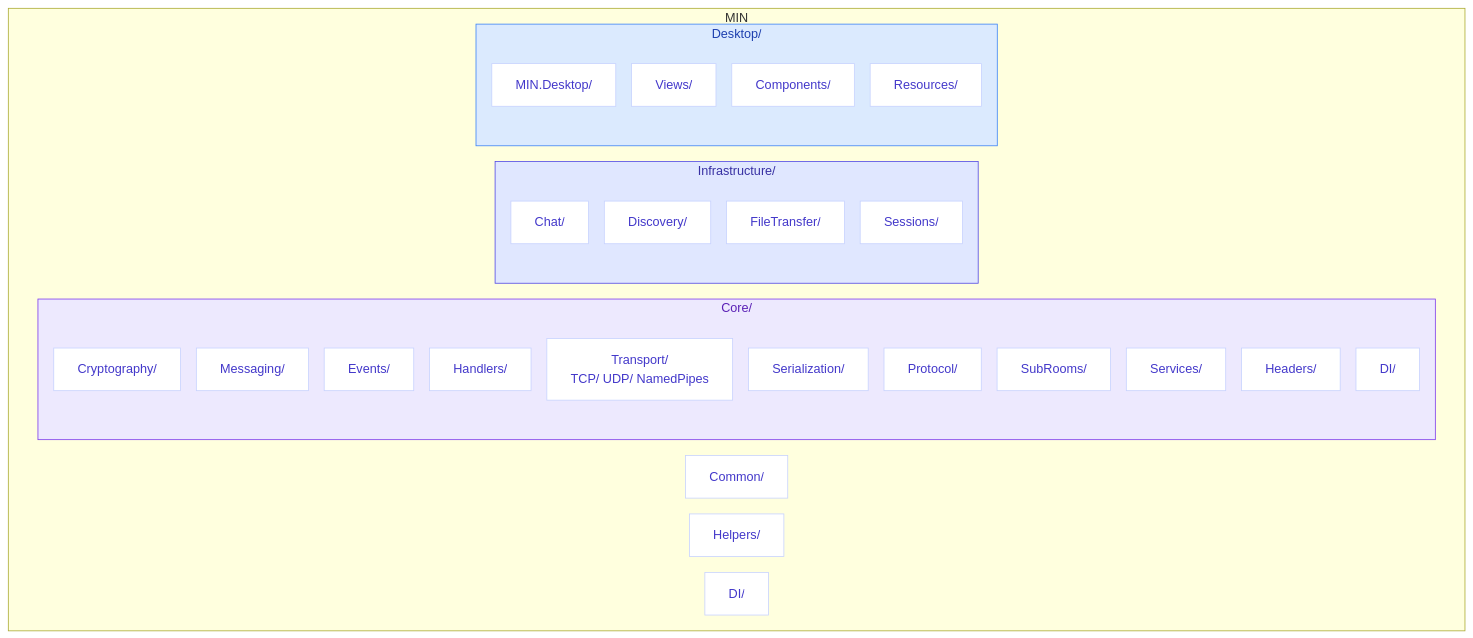
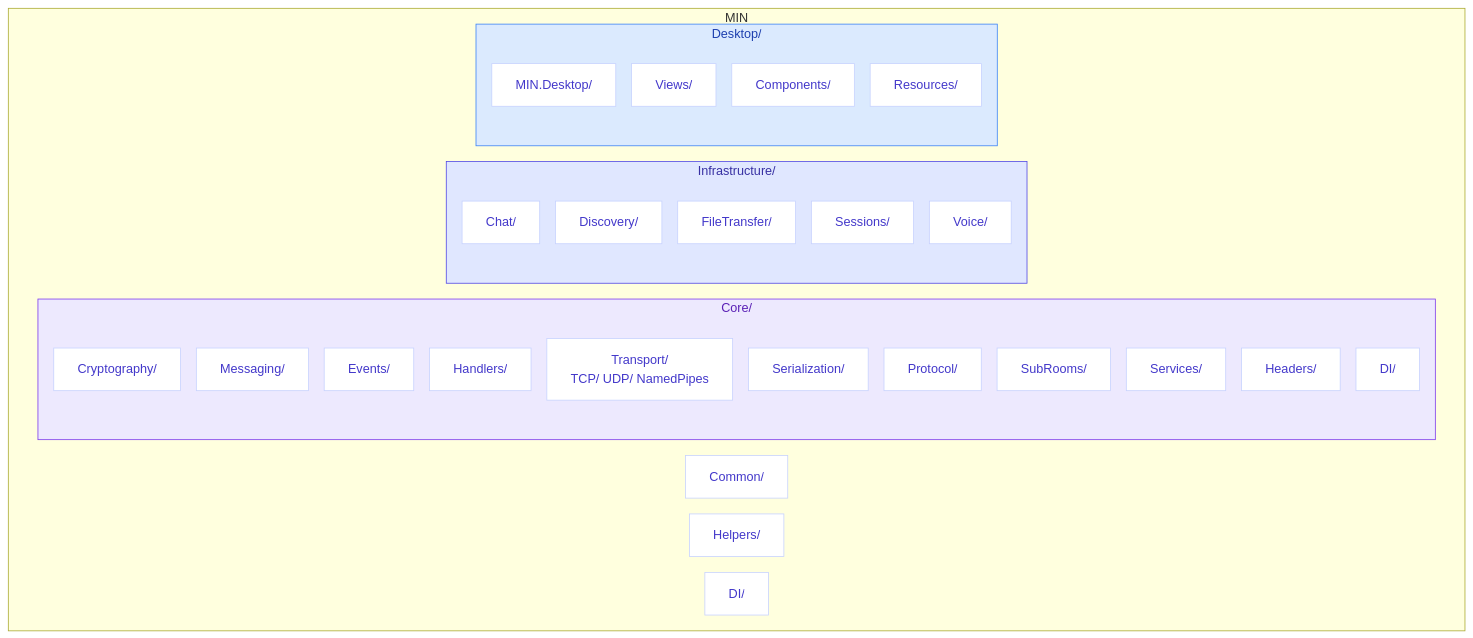
The second of 5 diagrams in README.md (CasCadeVR/MIN), drawn with Mermaid before and after one commit. The commit also changed other lines of this file and 196 other files, not shown here.

````diff
--- a/README.md
+++ b/README.md
@@ -205,45 +212,46 @@
 ```mermaid
 flowchart TB
     %%{init: {'flowchart': {'nodeSpacing': 20}}}%%
     classDef coreFolder fill:#ede9fe,stroke:#7c3aed,color:#5b21b6
     classDef infraFolder fill:#e0e7ff,stroke:#4f46e5,color:#3730a3
     classDef deskFolder fill:#dbeafe,stroke:#3b82f6,color:#1e40af
     classDef folder fill:#f5f3ff,stroke:#c7c2ea,color:#312e81
     classDef file fill:#fff,stroke:#c7d2fe,color:#4338ca
     
     subgraph MIN["MIN"]
         subgraph CORE["Core/"]
             G["Cryptography/"]
             H["Messaging/"]
             I["Events/"]
             J["Handlers/"]
             K["Transport/<br>TCP/ UDP/ NamedPipes"]
             L["Serialization/"]
             M["Protocol/"]
             N["SubRooms/"]
             O["Services/"]
             P["Headers/"]
             DI["DI/"]
         end
         subgraph INF["Infrastructure/"]
             Q["Chat/"]
             R["Discovery/"]
             S["FileTransfer/"]
             T["Sessions/"]
+            U["Voice/"]
         end
         subgraph DESK["Desktop/"]
-            U["MIN.Desktop/"]
-            V["Views/"]
-            W["Components/"]
-            X["Resources/"]
+            V["MIN.Desktop/"]
+            W["Views/"]
+            X["Components/"]
+            Y["Resources/"]
         end
-        Y["Common/"]
-        Z["Helpers/"]
-        AA["DI/"]
+        Z["Common/"]
+        AA["Helpers/"]
+        AB["DI/"]
     end
     
     class CORE coreFolder
     class INF infraFolder
     class DESK deskFolder
-    class G,H,I,J,K,L,M,N,O,P,DI,Q,R,S,T,U,V,W,X,Y,Z,AA file
+    class G,H,I,J,K,L,M,N,O,P,DI,Q,R,S,T,U,V,W,X,Y,Z,AA,AB file
 ```
````
